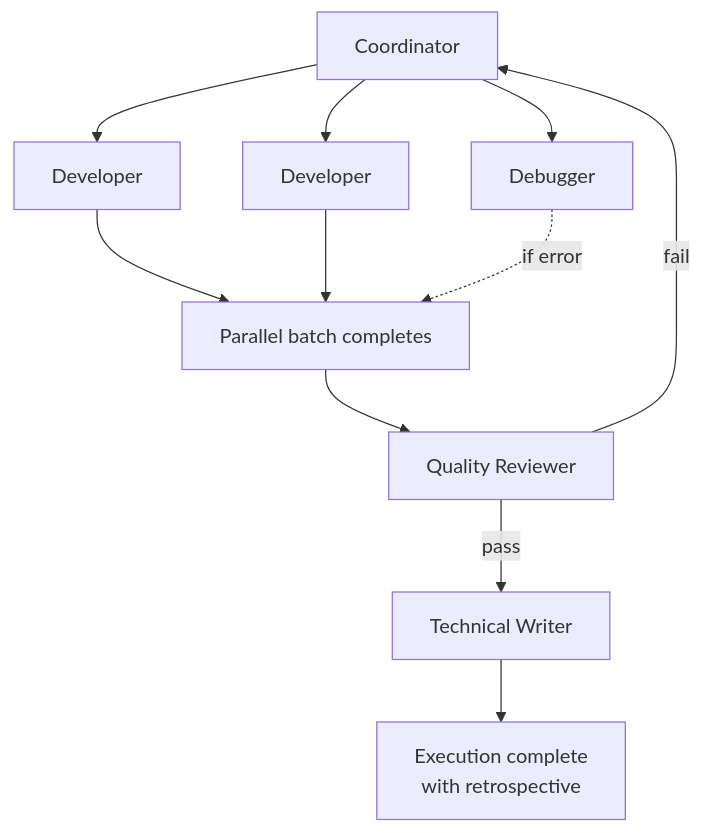
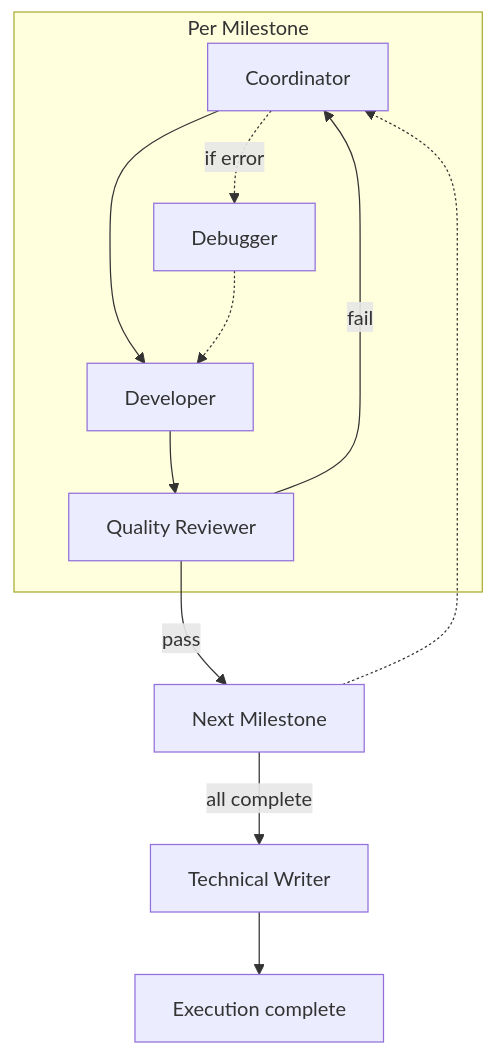
The third of 4 diagrams in README.md (gcharang/claude-config), drawn with Mermaid before and after one commit. The commit also changed other lines of this file, not shown here.

Commit message:
Make more accurate

````diff
--- a/README.md
+++ b/README.md
@@ -194,13 +194,15 @@
 ```mermaid
 flowchart TB
-    C[Coordinator] --> D1[Developer]
-    C --> D2[Developer]
-    C --> D3[Debugger]
-    D1 --> batch[Parallel batch completes]
-    D2 --> batch
-    D3 -.->|if error| batch
-    batch --> QR[Quality Reviewer]
-    QR -->|pass| TW[Technical Writer]
-    QR -->|fail| C
-    TW --> done[Execution complete<br>with retrospective]
+    subgraph milestone[Per Milestone]
+        C[Coordinator] --> D[Developer]
+        C -.->|if error| Db[Debugger]
+        Db -.-> D
+        D --> QR[Quality Reviewer]
+        QR -->|fail| C
+    end
+
+    QR -->|pass| next[Next Milestone]
+    next -.-> C
+    next -->|all complete| TW[Technical Writer]
+    TW --> done[Execution complete]
 ```
````
